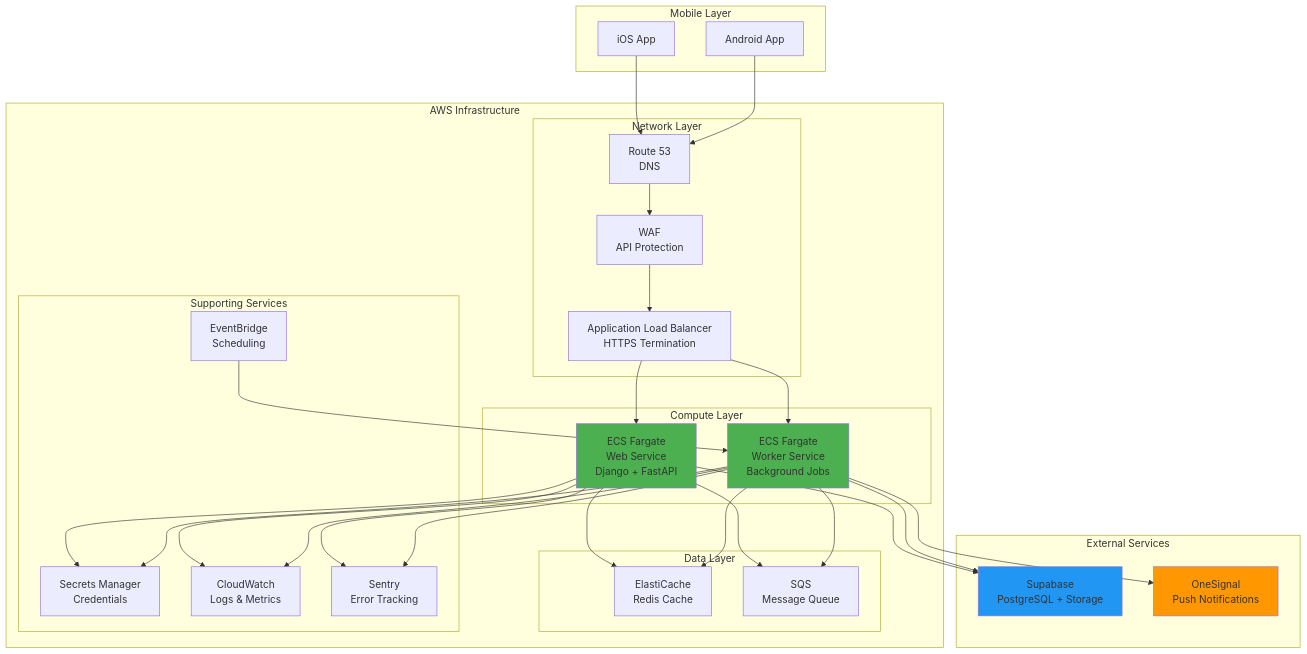
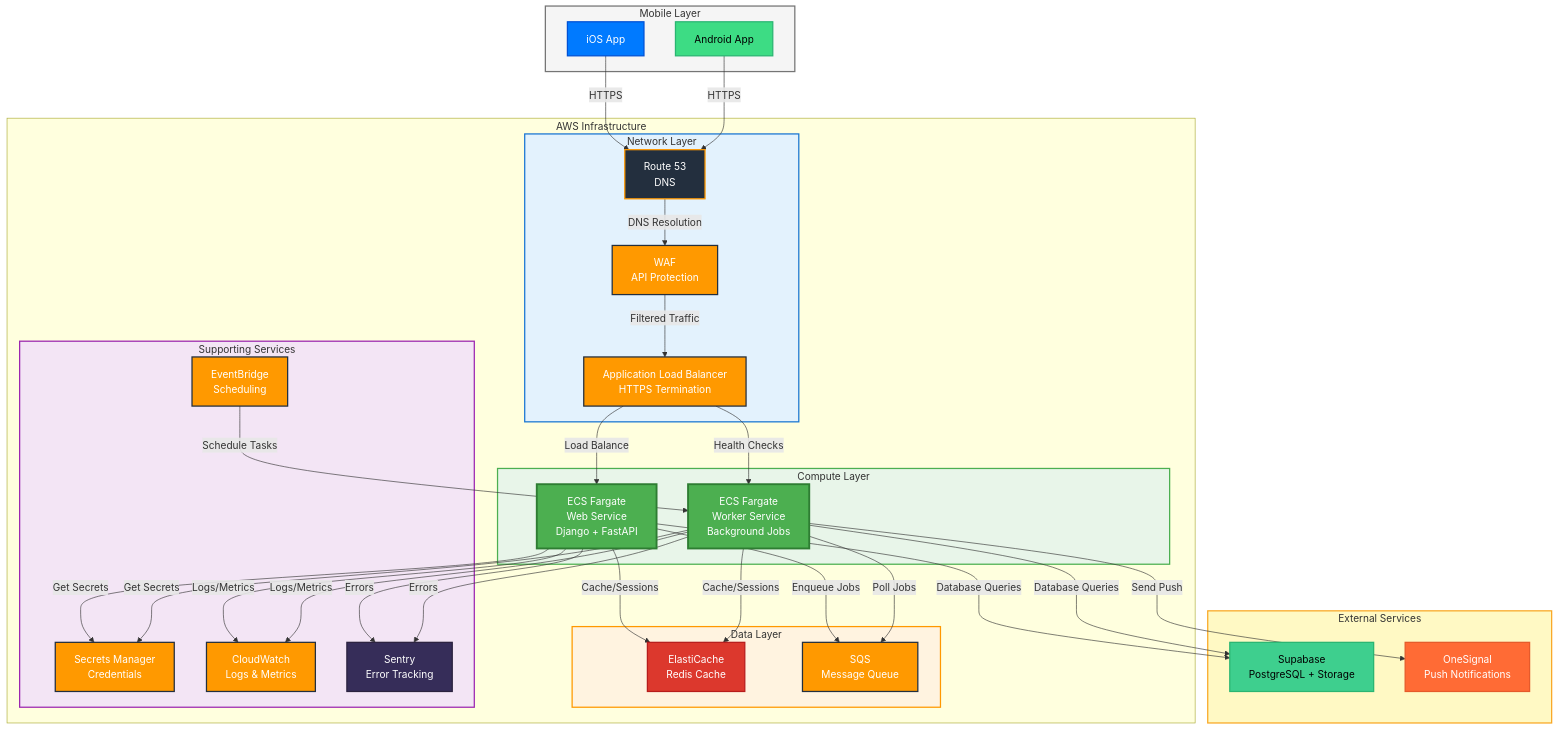
Before and after one commit to LOOPINX-CIRCLE/LoopinBackend: the first of 5 diagrams in docs/AWS_INFRASTRUCTURE_ANALYSIS.md, drawn with Mermaid. The commit also changed other lines of this file, not shown here.

First line of the commit message:
docs: Enhance AWS infrastructure diagrams with color coding and styling

````diff
--- a/docs/AWS_INFRASTRUCTURE_ANALYSIS.md
+++ b/docs/AWS_INFRASTRUCTURE_ANALYSIS.md
@@ -58,34 +57,51 @@
         OneSignal[OneSignal<br/>Push Notifications]
     end
     
-    iOS --> Route53
-    Android --> Route53
-    Route53 --> WAF
-    WAF --> ALB
-    ALB --> Web
-    ALB --> Worker
+    iOS -->|HTTPS| Route53
+    Android -->|HTTPS| Route53
+    Route53 -->|DNS Resolution| WAF
+    WAF -->|Filtered Traffic| ALB
+    ALB -->|Load Balance| Web
+    ALB -->|Health Checks| Worker
     
-    Web --> Redis
-    Web --> SQS
-    Worker --> Redis
-    Worker --> SQS
+    Web -->|Cache/Sessions| Redis
+    Web -->|Enqueue Jobs| SQS
+    Worker -->|Cache/Sessions| Redis
+    Worker -->|Poll Jobs| SQS
     
-    Web --> Secrets
-    Worker --> Secrets
+    Web -->|Get Secrets| Secrets
+    Worker -->|Get Secrets| Secrets
     
-    Web --> Supabase
-    Worker --> Supabase
-    Worker --> OneSignal
+    Web -->|Database Queries| Supabase
+    Worker -->|Database Queries| Supabase
+    Worker -->|Send Push| OneSignal
     
-    Web --> CW
-    Worker --> CW
-    Web --> Sentry
-    Worker --> Sentry
+    Web -->|Logs/Metrics| CW
+    Worker -->|Logs/Metrics| CW
+    Web -->|Errors| Sentry
+    Worker -->|Errors| Sentry
     
-    EB --> Worker
+    EB -->|Schedule Tasks| Worker
     
-    style Web fill:#4CAF50
-    style Worker fill:#4CAF50
-    style Supabase fill:#2196F3
-    style OneSignal fill:#FF9800
+    style iOS fill:#007AFF,stroke:#0051D5,stroke-width:2px,color:#fff
+    style Android fill:#3DDC84,stroke:#2AB572,stroke-width:2px,color:#000
+    style Route53 fill:#232F3E,stroke:#FF9900,stroke-width:2px,color:#fff
+    style WAF fill:#FF9900,stroke:#232F3E,stroke-width:2px,color:#fff
+    style ALB fill:#FF9900,stroke:#232F3E,stroke-width:2px,color:#fff
+    style Web fill:#4CAF50,stroke:#2E7D32,stroke-width:3px,color:#fff
+    style Worker fill:#4CAF50,stroke:#2E7D32,stroke-width:3px,color:#fff
+    style Redis fill:#DC382D,stroke:#B71C1C,stroke-width:2px,color:#fff
+    style SQS fill:#FF9900,stroke:#232F3E,stroke-width:2px,color:#fff
+    style Secrets fill:#FF9900,stroke:#232F3E,stroke-width:2px,color:#fff
+    style CW fill:#FF9900,stroke:#232F3E,stroke-width:2px,color:#fff
+    style Sentry fill:#362D59,stroke:#2B223F,stroke-width:2px,color:#fff
+    style EB fill:#FF9900,stroke:#232F3E,stroke-width:2px,color:#fff
+    style Supabase fill:#3ECF8E,stroke:#2AB572,stroke-width:2px,color:#000
+    style OneSignal fill:#FF6B35,stroke:#E55A2B,stroke-width:2px,color:#fff
+    style Network fill:#E3F2FD,stroke:#1976D2,stroke-width:2px
+    style Compute fill:#E8F5E9,stroke:#4CAF50,stroke-width:2px
+    style Data fill:#FFF3E0,stroke:#FF9800,stroke-width:2px
+    style Services fill:#F3E5F5,stroke:#9C27B0,stroke-width:2px
+    style Mobile fill:#F5F5F5,stroke:#757575,stroke-width:2px
+    style External fill:#FFF9C4,stroke:#F9A825,stroke-width:2px
 ```
````
